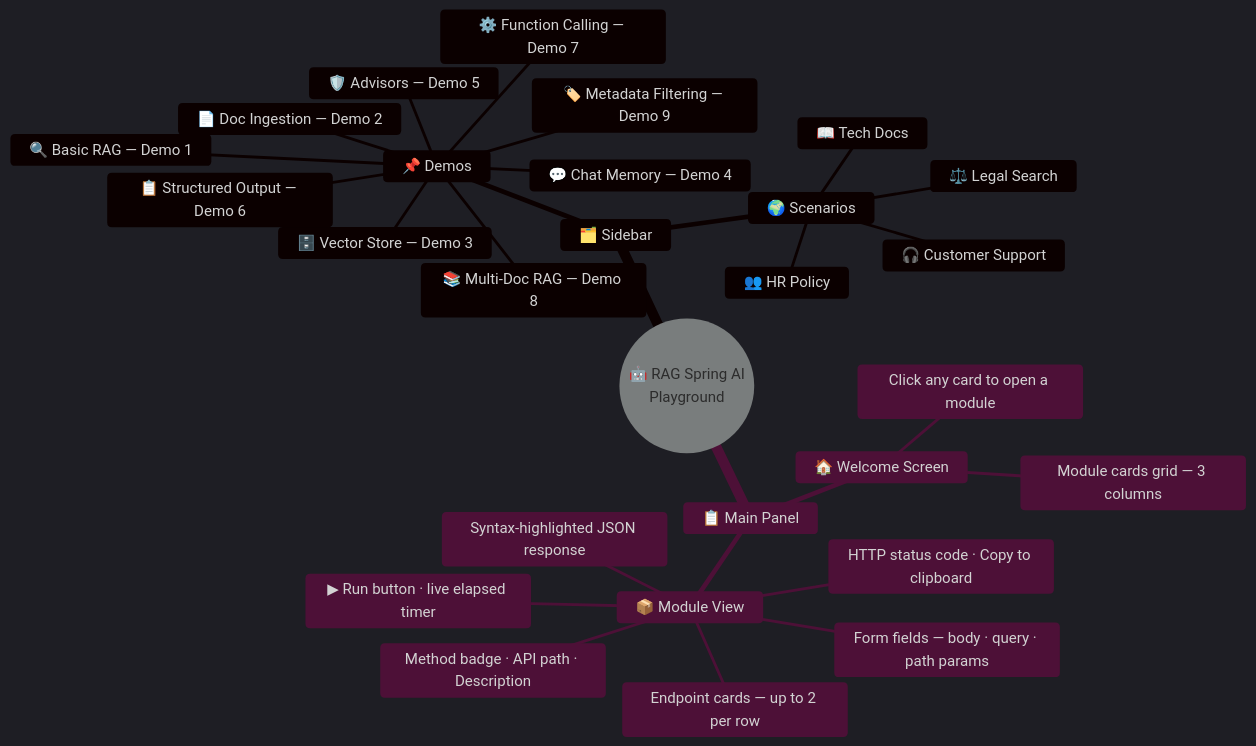
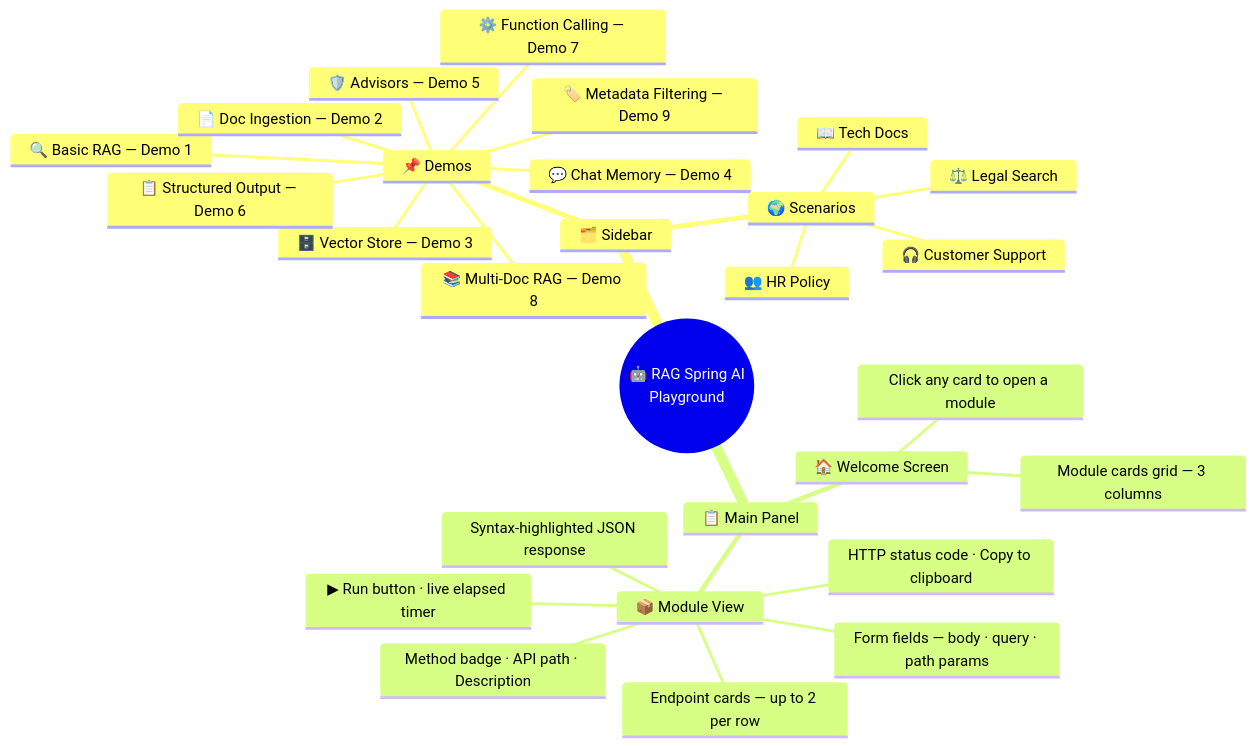
Before and after one commit to gdunhao/rag-spring-ai: the first of 3 diagrams in README.md, drawn with Mermaid.

Commit message:
updating diagram

````diff
--- a/README.md
+++ b/README.md
@@ -334,32 +334,32 @@
 ```mermaid
-%%{init: {'theme': 'dark'}}%%
+%%{init: {'theme': 'default'}}%%
 mindmap
   root((🤖 RAG Spring AI<br/>Playground))
     🗂️ Sidebar
       📌 Demos
         🔍 Basic RAG — Demo 1
         📄 Doc Ingestion — Demo 2
         🗄️ Vector Store — Demo 3
         💬 Chat Memory — Demo 4
         🛡️ Advisors — Demo 5
         📋 Structured Output — Demo 6
         ⚙️ Function Calling — Demo 7
         📚 Multi-Doc RAG — Demo 8
         🏷️ Metadata Filtering — Demo 9
       🌍 Scenarios
         🎧 Customer Support
         ⚖️ Legal Search
         📖 Tech Docs
         👥 HR Policy
     📋 Main Panel
       🏠 Welcome Screen
         Module cards grid — 3 columns
         Click any card to open a module
       📦 Module View
         Endpoint cards — up to 2 per row
         Method badge · API path · Description
         Form fields — body · query · path params
         ▶ Run button · live elapsed timer
         Syntax-highlighted JSON response
         HTTP status code · Copy to clipboard
 ```
````
